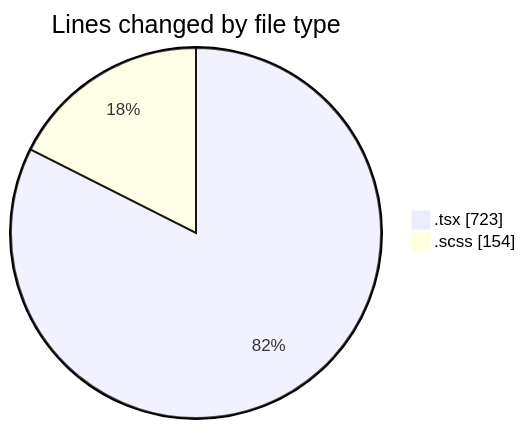
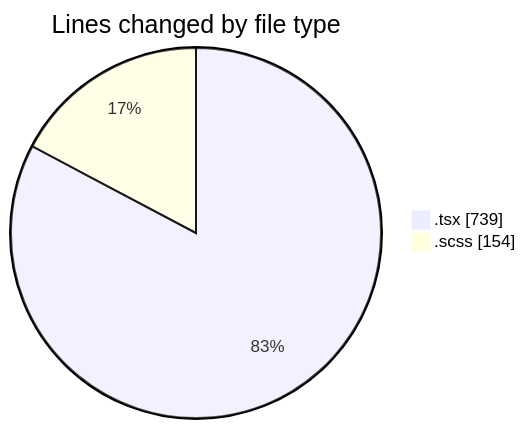
One commit to momahboobian/code-tracking changed the first of 2 diagrams in 2025-10-01/cda/README.md. Above: the diagram before and after it, drawn with Mermaid. The commit also changed other lines of this file and 1 other file, not shown here.

````diff
--- a/2025-10-01/cda/README.md
+++ b/2025-10-01/cda/README.md
@@ -23,6 +23,6 @@
 ```mermaid
 pie showData
 title Lines changed by file type
-".tsx" : 723
+".tsx" : 739
 ".scss" : 154
 ```
````
